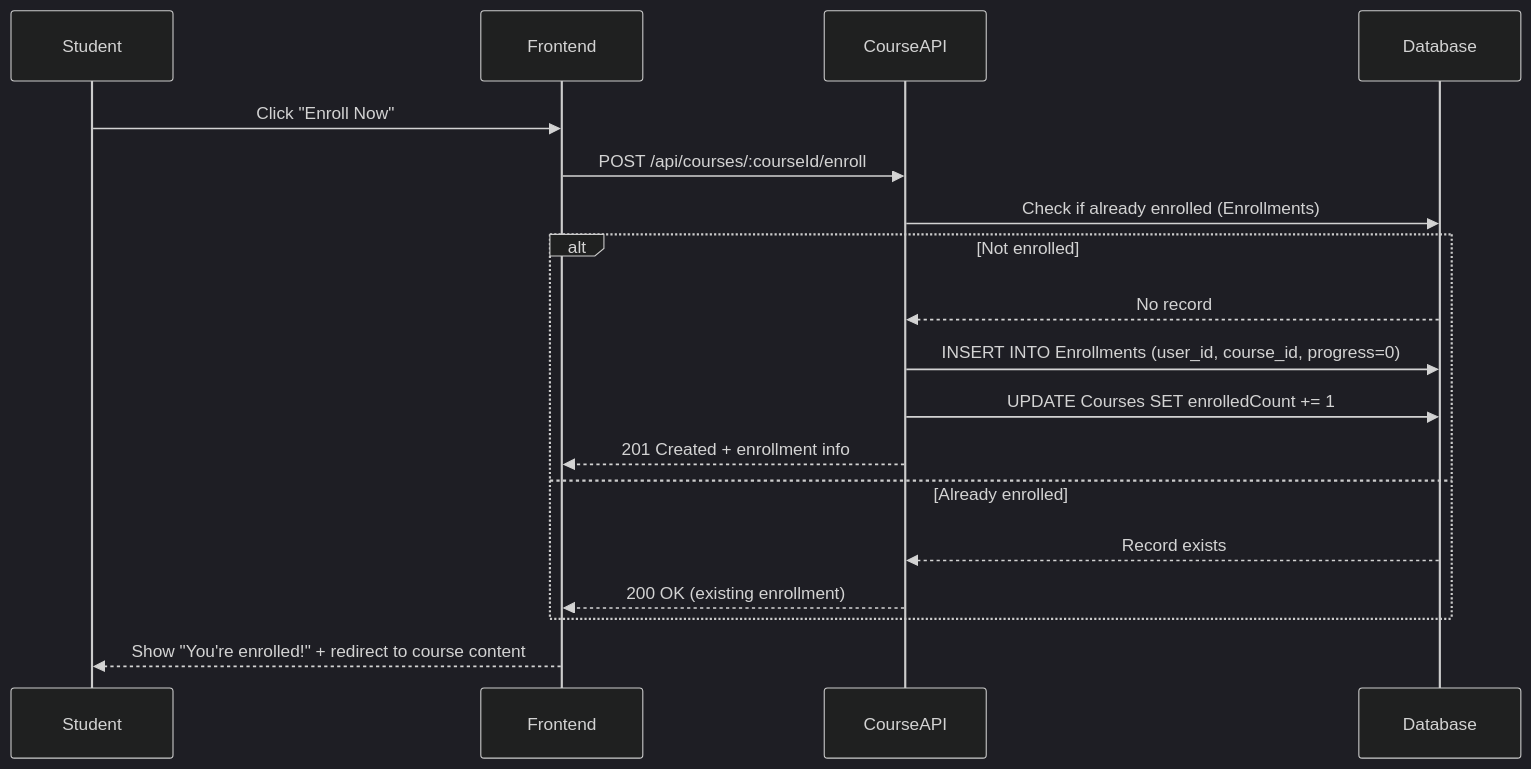
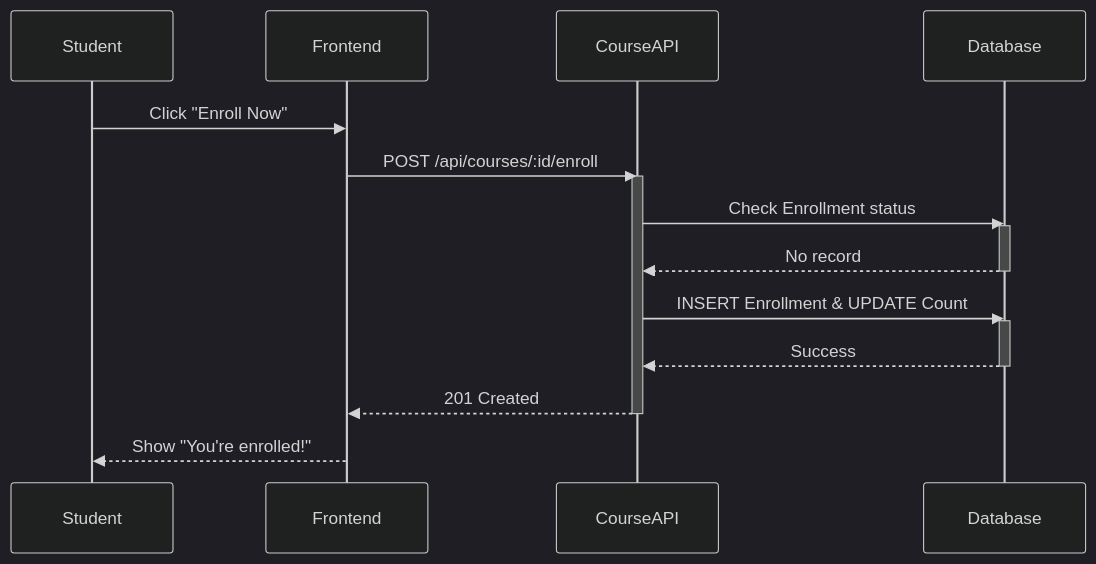
One commit to maruf-pfc/build-to-learn changed the second of 6 diagrams in docs/sequence-diagrams.md. Above: the diagram before and after it, drawn with Mermaid (dark theme). The commit also changed other lines of this file, not shown here.

First line of the commit message:
Refactor sequence diagrams for online learning platform

````diff
--- a/docs/sequence-diagrams.md
+++ b/docs/sequence-diagrams.md
@@ -38,22 +54,25 @@
 ```mermaid
 sequenceDiagram
     participant Student
-    participant Frontend
-    participant CourseAPI
-    participant Database
+    participant FE as Frontend
+    participant API as CourseAPI
+    participant DB as Database
 
-    Student->>Frontend: Click "Enroll Now"
-    Frontend->>CourseAPI: POST /api/courses/:courseId/enroll
-    CourseAPI->>Database: Check if already enrolled (Enrollments)
-    alt Not enrolled
-        Database-->>CourseAPI: No record
-        CourseAPI->>Database: INSERT INTO Enrollments (user_id, course_id, progress=0)
-        CourseAPI->>Database: UPDATE Courses SET enrolledCount += 1
-        CourseAPI-->>Frontend: 201 Created + enrollment info
-    else Already enrolled
-        Database-->>CourseAPI: Record exists
-        CourseAPI-->>Frontend: 200 OK (existing enrollment)
-    end
+    Student->>FE: Click "Enroll Now"
+    FE->>API: POST /api/courses/:id/enroll
+    activate API
+    API->>DB: Check Enrollment status
+    activate DB
+    DB-->>API: No record
+    deactivate DB
 
-    Frontend-->>Student: Show "You're enrolled!" + redirect to course content
+    API->>DB: INSERT Enrollment & UPDATE Count
+    activate DB
+    DB-->>API: Success
+    deactivate DB
+
+    API-->>FE: 201 Created
+    deactivate API
+    FE-->>Student: Show "You're enrolled!"
+
 ```
````
